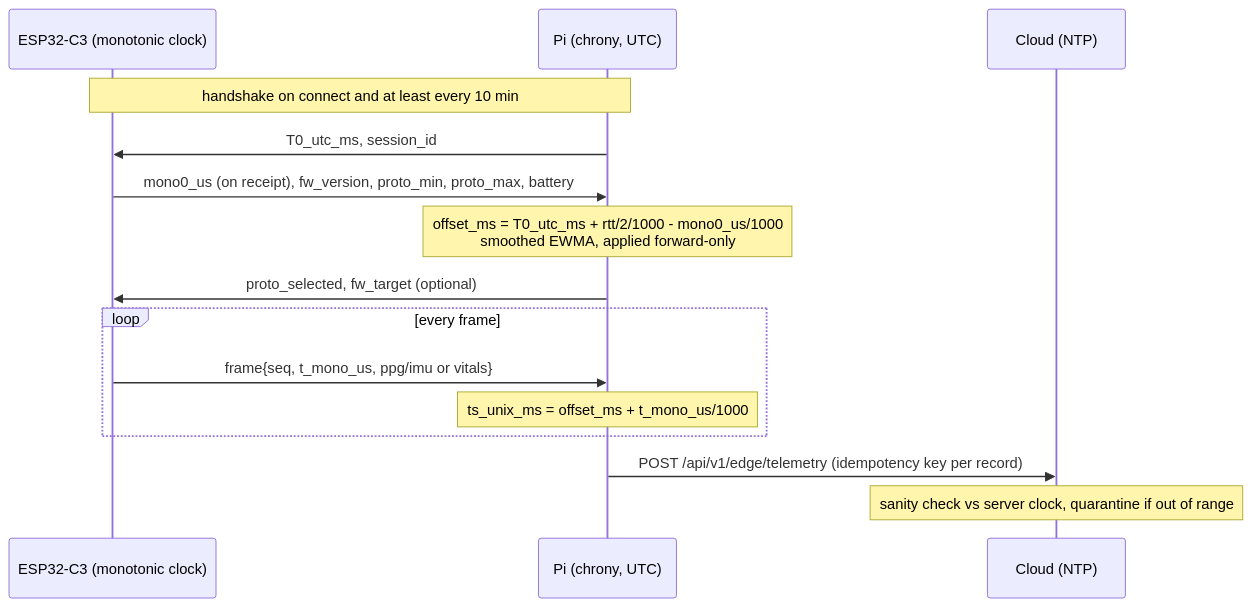
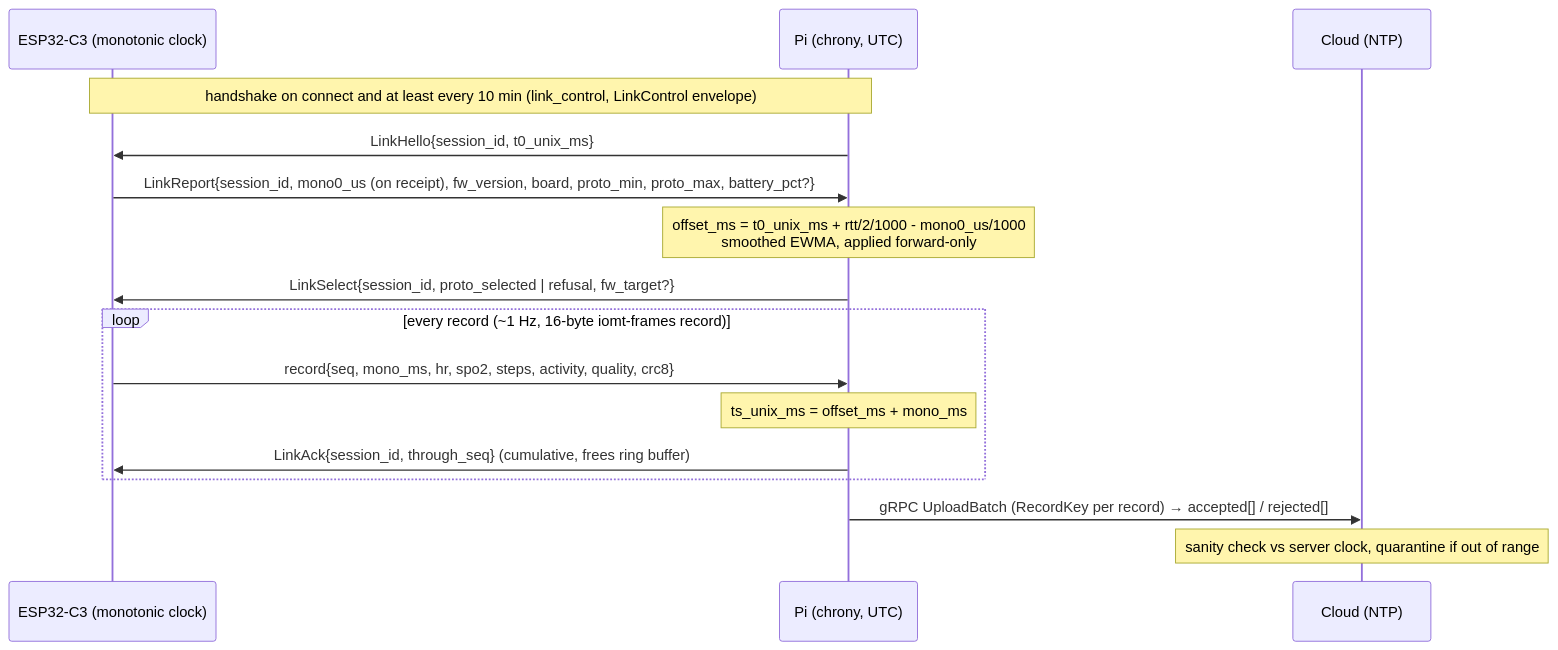
The first of 4 diagrams in docs/design/08-reliability-data-lifecycle.md (thongnguyenk21/Secure-Health-Monitoring-System-), drawn with Mermaid before and after one commit. The commit also changed other lines of this file and 5 other files, not shown here.

````diff
--- a/docs/design/08-reliability-data-lifecycle.md
+++ b/docs/design/08-reliability-data-lifecycle.md
@@ -127,17 +127,18 @@
 ```mermaid
 sequenceDiagram
   participant N as ESP32-C3 (monotonic clock)
   participant P as Pi (chrony, UTC)
   participant C as Cloud (NTP)
-  Note over P,N: handshake on connect and at least every 10 min
-  P->>N: T0_utc_ms, session_id
-  N->>P: mono0_us (on receipt), fw_version, proto_min, proto_max, battery
-  Note over P: offset_ms = T0_utc_ms + rtt/2/1000 - mono0_us/1000<br/>smoothed EWMA, applied forward-only
-  P->>N: proto_selected, fw_target (optional)
-  loop every frame
-    N->>P: frame{seq, t_mono_us, ppg/imu or vitals}
-    Note over P: ts_unix_ms = offset_ms + t_mono_us/1000
+  Note over P,N: handshake on connect and at least every 10 min (link_control, LinkControl envelope)
+  P->>N: LinkHello{session_id, t0_unix_ms}
+  N->>P: LinkReport{session_id, mono0_us (on receipt), fw_version, board, proto_min, proto_max, battery_pct?}
+  Note over P: offset_ms = t0_unix_ms + rtt/2/1000 - mono0_us/1000<br/>smoothed EWMA, applied forward-only
+  P->>N: LinkSelect{session_id, proto_selected | refusal, fw_target?}
+  loop every record (~1 Hz, 16-byte iomt-frames record)
+    N->>P: record{seq, mono_ms, hr, spo2, steps, activity, quality, crc8}
+    Note over P: ts_unix_ms = offset_ms + mono_ms
+    P->>N: LinkAck{session_id, through_seq} (cumulative, frees ring buffer)
   end
-  P->>C: POST /api/v1/edge/telemetry (idempotency key per record)
+  P->>C: gRPC UploadBatch (RecordKey per record) → accepted[] / rejected[]
   Note over C: sanity check vs server clock, quarantine if out of range
 ```
````
